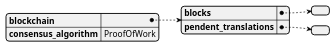
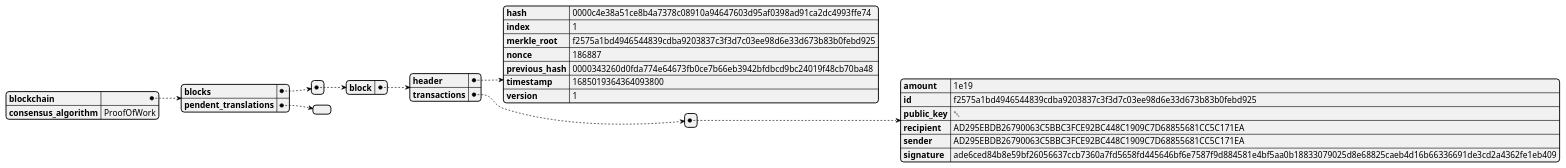
Before and after one commit to GoliathHagar/distributed_legder_kademlia: the diagram in src/distributed_legder/state_dumps/test-miner.json.blockchain.json.plantuml, drawn with PlantUML. The commit also changed 11 other files, not shown here.

```diff
--- a/src/distributed_legder/state_dumps/test-miner.json.blockchain.json.plantuml
+++ b/src/distributed_legder/state_dumps/test-miner.json.blockchain.json.plantuml
@@ -1,3 +1,3 @@
 @startjson
-{"blockchain":{"blocks":[],"pendent_translations":[]},"consensus_algorithm":"ProofOfWork"}
+{"blockchain":{"blocks":[{"block":{"header":{"hash":"0000c4e38a51ce8b4a7378c08910a94647603d95af0398ad91ca2dc4993ffe74","index":1,"merkle_root":"f2575a1bd4946544839cdba9203837c3f3d7c03ee98d6e33d673b83b0febd925","nonce":186887,"previous_hash":"0000343260d0fda774e64673fb0ce7b66eb3942bfdbcd9bc24019f48cb70ba48","timestamp":1685019364364093800,"version":1},"transactions":[{"amount":1e19,"id":"f2575a1bd4946544839cdba9203837c3f3d7c03ee98d6e33d673b83b0febd925","public_key":null,"recipient":"AD295EBDB26790063C5BBC3FCE92BC448C1909C7D68855681CC5C171EA","sender":"AD295EBDB26790063C5BBC3FCE92BC448C1909C7D68855681CC5C171EA","signature":"ade6ced84b8e59bf26056637ccb7360a7fd5658fd445646bf6e7587f9d884581e4bf5aa0b18833079025d8e68825caeb4d16b66336691de3cd2a4362fe1eb409"}]}}],"pendent_translations":[]},"consensus_algorithm":"ProofOfWork"}
 @endjson
```
